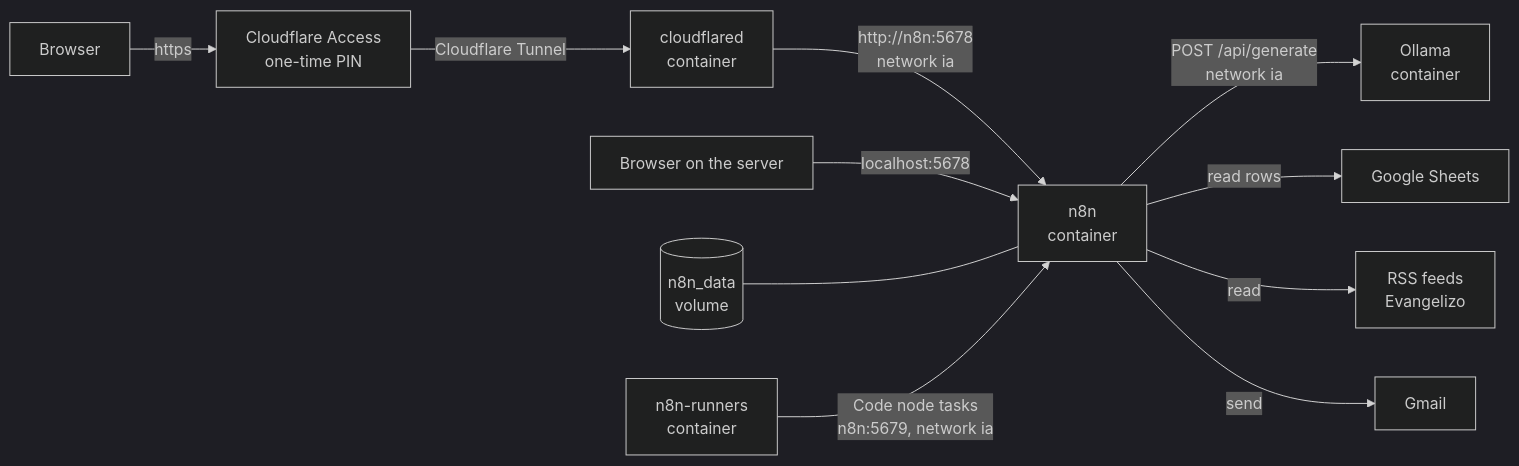
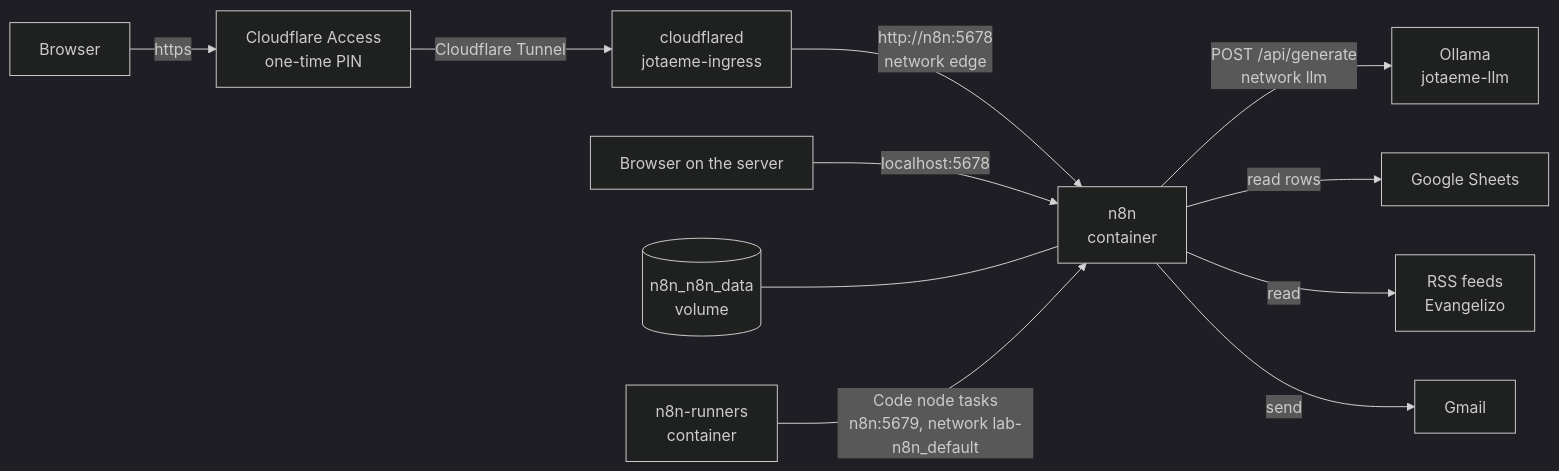
The diagram in README.md (JuanMaVelezPa/lab-n8n), drawn with Mermaid (dark theme) before and after one commit. The commit also changed other lines of this file and 6 other files, not shown here.

Commit message:
feat: move lab-n8n to the edge and llm networks (SPEC 09)

````diff
--- a/README.md
+++ b/README.md
@@ -20,13 +20,13 @@
 ```mermaid
 flowchart LR
     browser["Browser"] -->|"https"| access["Cloudflare Access<br>one-time PIN"]
-    access -->|"Cloudflare Tunnel"| cfd["cloudflared<br>container"]
-    cfd -->|"http://n8n:5678<br>network ia"| n8n["n8n<br>container"]
+    access -->|"Cloudflare Tunnel"| cfd["cloudflared<br>jotaeme-ingress"]
+    cfd -->|"http://n8n:5678<br>network edge"| n8n["n8n<br>container"]
     local["Browser on the server"] -->|"localhost:5678"| n8n
-    vol[("n8n_data<br>volume")] --- n8n
-    runners["n8n-runners<br>container"] -->|"Code node tasks<br>n8n:5679, network ia"| n8n
-    n8n -->|"POST /api/generate<br>network ia"| ollama["Ollama<br>container"]
+    vol[("n8n_n8n_data<br>volume")] --- n8n
+    runners["n8n-runners<br>container"] -->|"Code node tasks<br>n8n:5679, network lab-n8n_default"| n8n
+    n8n -->|"POST /api/generate<br>network llm"| ollama["Ollama<br>jotaeme-llm"]
     n8n -->|"read rows"| sheets["Google Sheets"]
     n8n -->|"read"| sources["RSS feeds<br>Evangelizo"]
     n8n -->|"send"| gmail["Gmail"]
 ```
````
